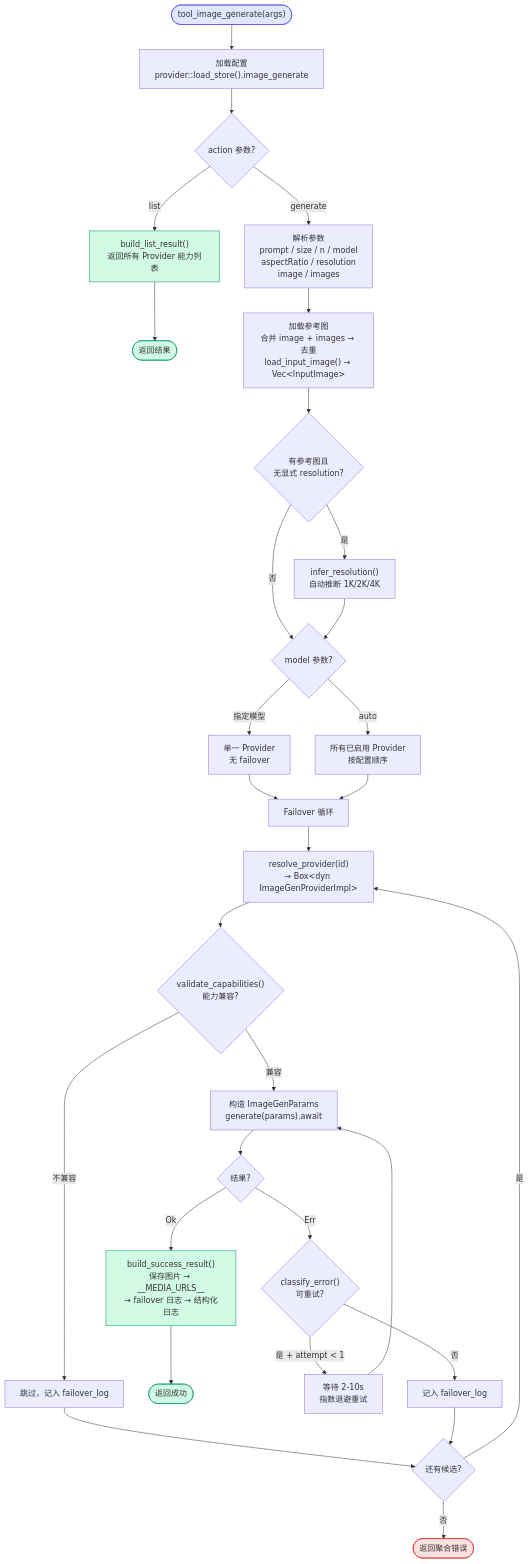
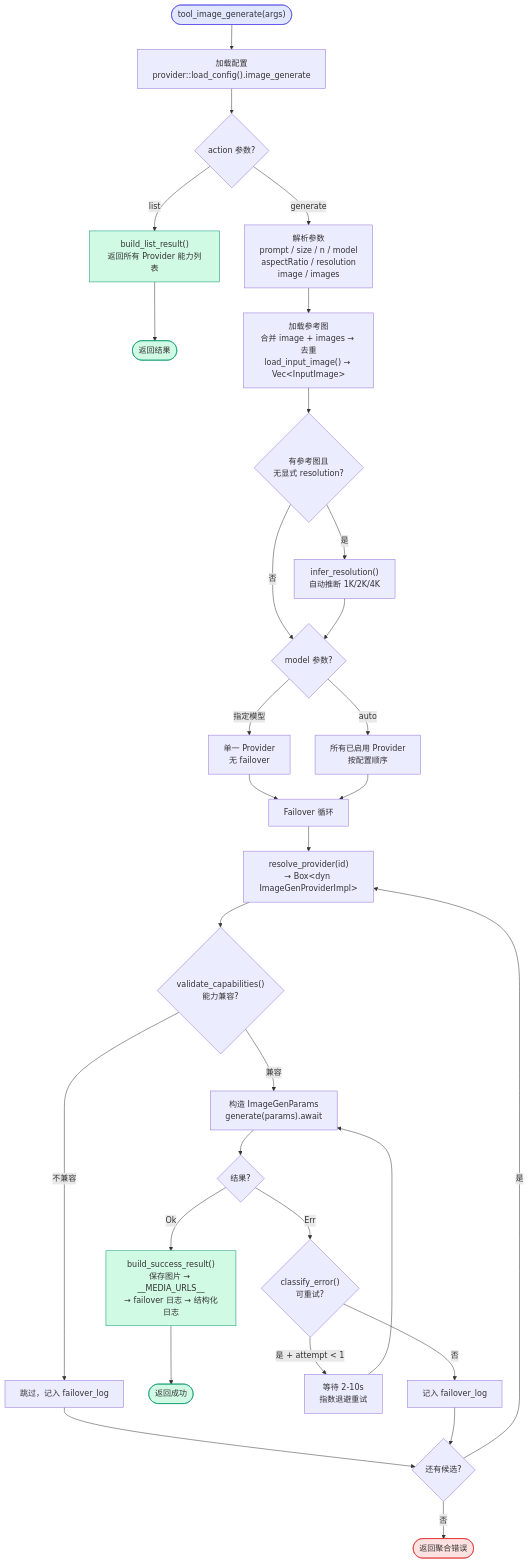
Before and after one commit to shiwenwen/hope-agent: the second of 11 diagrams in docs/architecture/image-generation.md, drawn with Mermaid. The commit also changed 79 other files, not shown here.

First line of the commit message:
refactor: ProviderStore → AppConfig + 搬家到 crate::config

````diff
--- a/docs/architecture/image-generation.md
+++ b/docs/architecture/image-generation.md
@@ -163,46 +163,46 @@
 ```mermaid
 flowchart TD
-    START(["tool_image_generate(args)"]) --> LOAD["加载配置<br/>provider::load_store().image_generate"]
+    START(["tool_image_generate(args)"]) --> LOAD["加载配置<br/>provider::load_config().image_generate"]
     LOAD --> ACTION{"action 参数?"}
 
     ACTION -- "list" --> LIST["build_list_result()<br/>返回所有 Provider 能力列表"]
     LIST --> RETURN_LIST(["返回结果"])
 
     ACTION -- "generate" --> PARSE["解析参数<br/>prompt / size / n / model<br/>aspectRatio / resolution<br/>image / images"]
     PARSE --> LOAD_IMG["加载参考图<br/>合并 image + images → 去重<br/>load_input_image() → Vec&lt;InputImage&gt;"]
     LOAD_IMG --> INFER{"有参考图且<br/>无显式 resolution?"}
     INFER -- "是" --> AUTO_RES["infer_resolution()<br/>自动推断 1K/2K/4K"]
     INFER -- "否" --> BUILD_CAND
     AUTO_RES --> BUILD_CAND
 
     BUILD_CAND{"model 参数?"}
     BUILD_CAND -- "指定模型" --> SINGLE["单一 Provider<br/>无 failover"]
     BUILD_CAND -- "auto" --> ALL["所有已启用 Provider<br/>按配置顺序"]
     SINGLE --> LOOP
     ALL --> LOOP
 
     LOOP["Failover 循环"] --> RESOLVE["resolve_provider(id)<br/>→ Box&lt;dyn ImageGenProviderImpl&gt;"]
     RESOLVE --> VALIDATE{"validate_capabilities()<br/>能力兼容?"}
     VALIDATE -- "不兼容" --> SKIP["跳过，记入 failover_log"]
     SKIP --> NEXT_P{"还有候选?"}
     NEXT_P -- "是" --> RESOLVE
     NEXT_P -- "否" --> FAIL(["返回聚合错误"])
 
     VALIDATE -- "兼容" --> GEN["构造 ImageGenParams<br/>generate(params).await"]
     GEN --> RESULT{"结果?"}
     RESULT -- "Ok" --> SUCCESS["build_success_result()<br/>保存图片 → __MEDIA_URLS__<br/>→ failover 日志 → 结构化日志"]
     SUCCESS --> RETURN_OK(["返回成功"])
 
     RESULT -- "Err" --> CLASSIFY{"classify_error()<br/>可重试?"}
     CLASSIFY -- "是 + attempt < 1" --> RETRY["等待 2-10s<br/>指数退避重试"]
     RETRY --> GEN
     CLASSIFY -- "否" --> LOG_ERR["记入 failover_log"]
     LOG_ERR --> NEXT_P
 
     style START fill:#e0e7ff,stroke:#4f46e5
     style LIST fill:#d1fae5,stroke:#059669
     style SUCCESS fill:#d1fae5,stroke:#059669
     style FAIL fill:#fee2e2,stroke:#dc2626
     style RETURN_LIST fill:#d1fae5,stroke:#059669
     style RETURN_OK fill:#d1fae5,stroke:#059669
 ```
````
